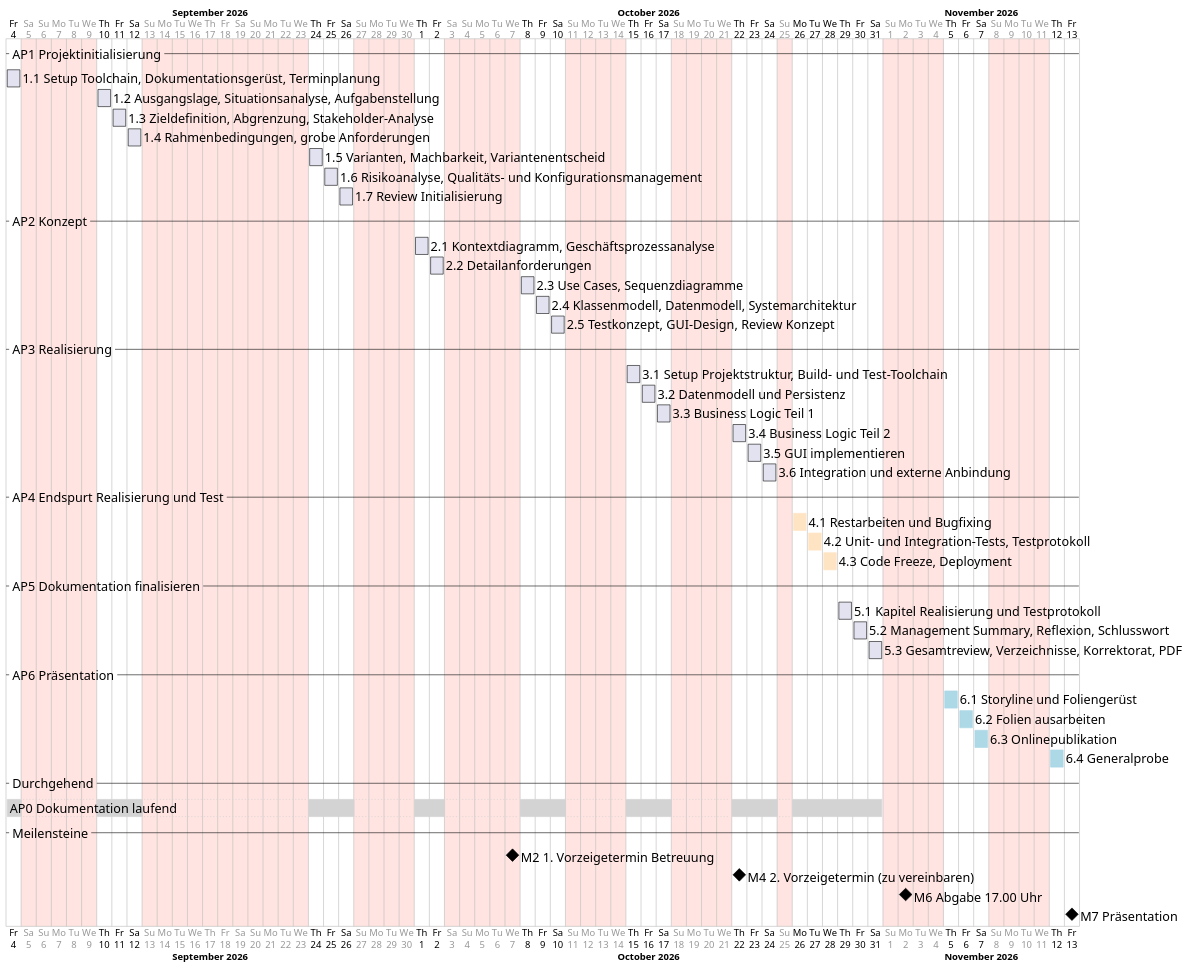
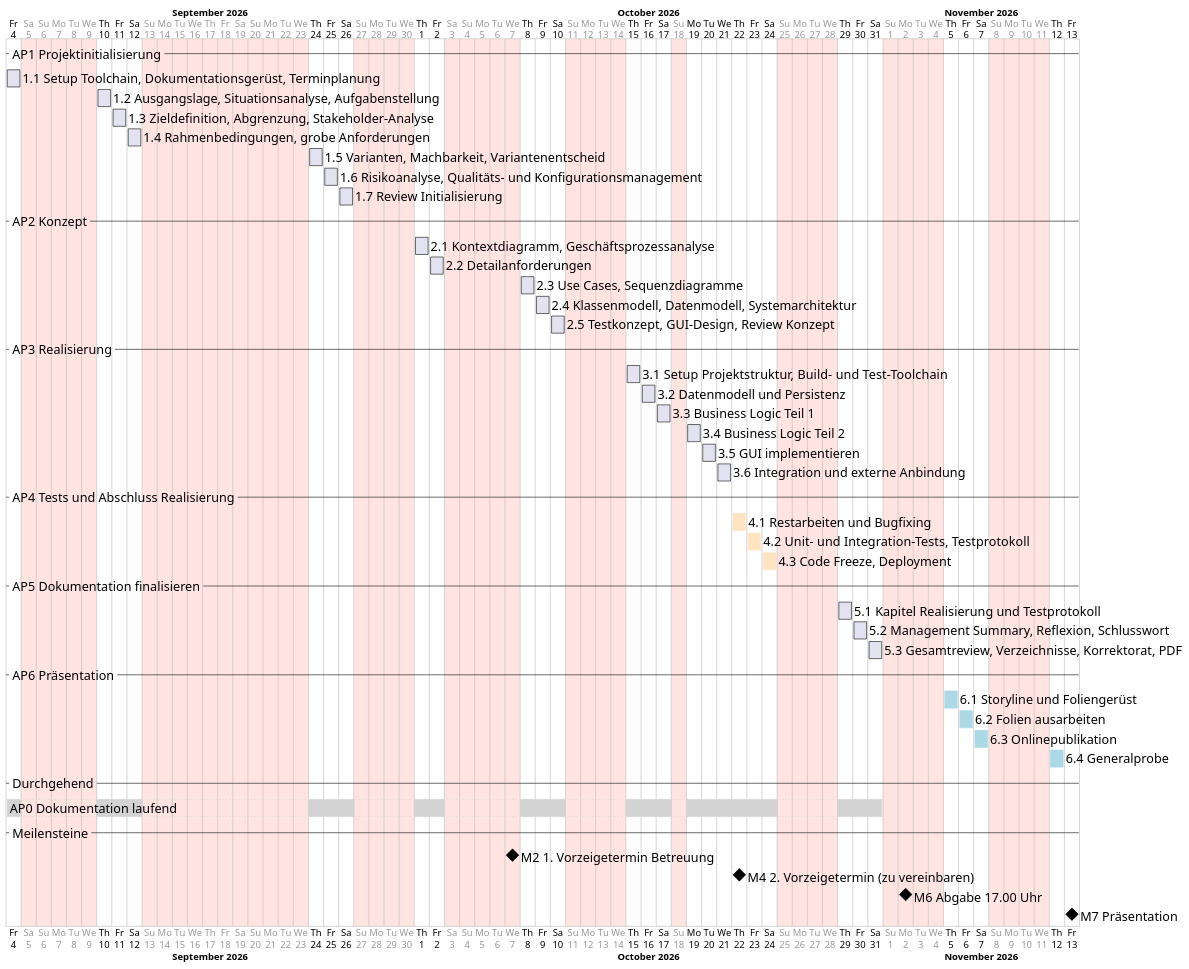
The diagram in documentation/diagrams/Terminplan_Soll.puml (Adyrem/diploma-label-localization), drawn with PlantUML before and after one commit. The commit also changed 6 other files, not shown here.

```diff
--- a/documentation/diagrams/Terminplan_Soll.puml
+++ b/documentation/diagrams/Terminplan_Soll.puml
@@ -1,86 +1,86 @@
 @startgantt
 ' Soll-Terminplan Diplomarbeit, Detailplanung auf Tagesebene
 ' Arbeitstage Do/Fr/Sa, Mo-Mi Erwerbstaetigkeit, So blockiert
 ' Rendern: plantuml -tpng -charset UTF-8 Terminplan_Soll.puml
 
 <style>
 ganttDiagram {
   task { FontSize 20 }
   milestone { FontSize 20 }
   separator { FontSize 20 }
   timeline { FontSize 15 }
   closed { BackGroundColor MistyRose }
 }
 </style>
 
 projectscale daily zoom 1
 project starts 2026-09-04
 
 monday are closed
 tuesday are closed
 wednesday are closed
 sunday are closed
 
 2026-09-05 to 2026-09-06 are closed
 2026-09-17 to 2026-09-20 are closed
 2026-10-03 to 2026-10-04 are closed
-2026-10-26 to 2026-10-28 are open
+2026-10-19 to 2026-10-21 are open
 
 -- AP1 Projektinitialisierung --
 [1.1 Setup Toolchain, Dokumentationsgerüst, Terminplanung] as [T11] starts 2026-09-04 and requires 1 day
 [1.2 Ausgangslage, Situationsanalyse, Aufgabenstellung] as [T12] starts 2026-09-10 and requires 1 day
 [1.3 Zieldefinition, Abgrenzung, Stakeholder-Analyse] as [T13] starts 2026-09-11 and requires 1 day
 [1.4 Rahmenbedingungen, grobe Anforderungen] as [T14] starts 2026-09-12 and requires 1 day
 [1.5 Varianten, Machbarkeit, Variantenentscheid] as [T15] starts 2026-09-24 and requires 1 day
 [1.6 Risikoanalyse, Qualitäts- und Konfigurationsmanagement] as [T16] starts 2026-09-25 and requires 1 day
 [1.7 Review Initialisierung] as [T17] starts 2026-09-26 and requires 1 day
 
 -- AP2 Konzept --
 [2.1 Kontextdiagramm, Geschäftsprozessanalyse] as [T21] starts 2026-10-01 and requires 1 day
 [2.2 Detailanforderungen] as [T22] starts 2026-10-02 and requires 1 day
 [2.3 Use Cases, Sequenzdiagramme] as [T23] starts 2026-10-08 and requires 1 day
 [2.4 Klassenmodell, Datenmodell, Systemarchitektur] as [T24] starts 2026-10-09 and requires 1 day
 [2.5 Testkonzept, GUI-Design, Review Konzept] as [T25] starts 2026-10-10 and requires 1 day
 
 -- AP3 Realisierung --
 [3.1 Setup Projektstruktur, Build- und Test-Toolchain] as [T31] starts 2026-10-15 and requires 1 day
 [3.2 Datenmodell und Persistenz] as [T32] starts 2026-10-16 and requires 1 day
 [3.3 Business Logic Teil 1] as [T33] starts 2026-10-17 and requires 1 day
-[3.4 Business Logic Teil 2] as [T34] starts 2026-10-22 and requires 1 day
-[3.5 GUI implementieren] as [T35] starts 2026-10-23 and requires 1 day
-[3.6 Integration und externe Anbindung] as [T36] starts 2026-10-24 and requires 1 day
+[3.4 Business Logic Teil 2] as [T34] starts 2026-10-19 and requires 1 day
+[3.5 GUI implementieren] as [T35] starts 2026-10-20 and requires 1 day
+[3.6 Integration und externe Anbindung] as [T36] starts 2026-10-21 and requires 1 day
 
--- AP4 Endspurt Realisierung und Test --
-[4.1 Restarbeiten und Bugfixing] as [T41] starts 2026-10-26 and requires 1 day
-[4.2 Unit- und Integration-Tests, Testprotokoll] as [T42] starts 2026-10-27 and requires 1 day
-[4.3 Code Freeze, Deployment] as [T43] starts 2026-10-28 and requires 1 day
+-- AP4 Tests und Abschluss Realisierung --
+[4.1 Restarbeiten und Bugfixing] as [T41] starts 2026-10-22 and requires 1 day
+[4.2 Unit- und Integration-Tests, Testprotokoll] as [T42] starts 2026-10-23 and requires 1 day
+[4.3 Code Freeze, Deployment] as [T43] starts 2026-10-24 and requires 1 day
 
 -- AP5 Dokumentation finalisieren --
 [5.1 Kapitel Realisierung und Testprotokoll] as [T51] starts 2026-10-29 and requires 1 day
 [5.2 Management Summary, Reflexion, Schlusswort] as [T52] starts 2026-10-30 and requires 1 day
 [5.3 Gesamtreview, Verzeichnisse, Korrektorat, PDF] as [T53] starts 2026-10-31 and requires 1 day
 
 -- AP6 Präsentation --
 [6.1 Storyline und Foliengerüst] as [T61] starts 2026-11-05 and requires 1 day
 [6.2 Folien ausarbeiten] as [T62] starts 2026-11-06 and requires 1 day
 [6.3 Onlinepublikation] as [T63] starts 2026-11-07 and requires 1 day
 [6.4 Generalprobe] as [T64] starts 2026-11-12 and requires 1 day
 
 -- Durchgehend --
 [AP0 Dokumentation laufend] as [T00] starts 2026-09-04 and ends 2026-10-31
 
 -- Meilensteine --
 [M2 1. Vorzeigetermin Betreuung] happens 2026-10-07
 [M4 2. Vorzeigetermin (zu vereinbaren)] happens 2026-10-22
 [M6 Abgabe 17.00 Uhr] happens 2026-11-02
 [M7 Präsentation] happens 2026-11-13
 
 [T00] is colored in LightGray
 [T41] is colored in Bisque
 [T42] is colored in Bisque
 [T43] is colored in Bisque
 [T61] is colored in LightBlue
 [T62] is colored in LightBlue
 [T63] is colored in LightBlue
 [T64] is colored in LightBlue
 @endgantt
```
